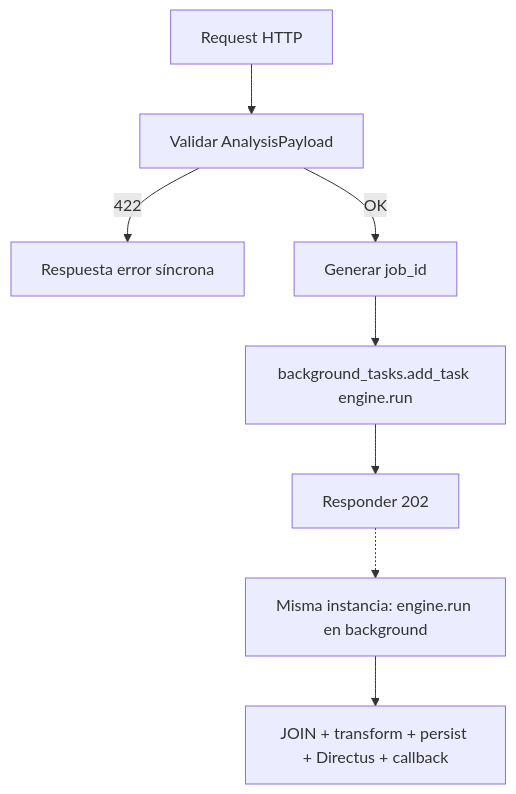
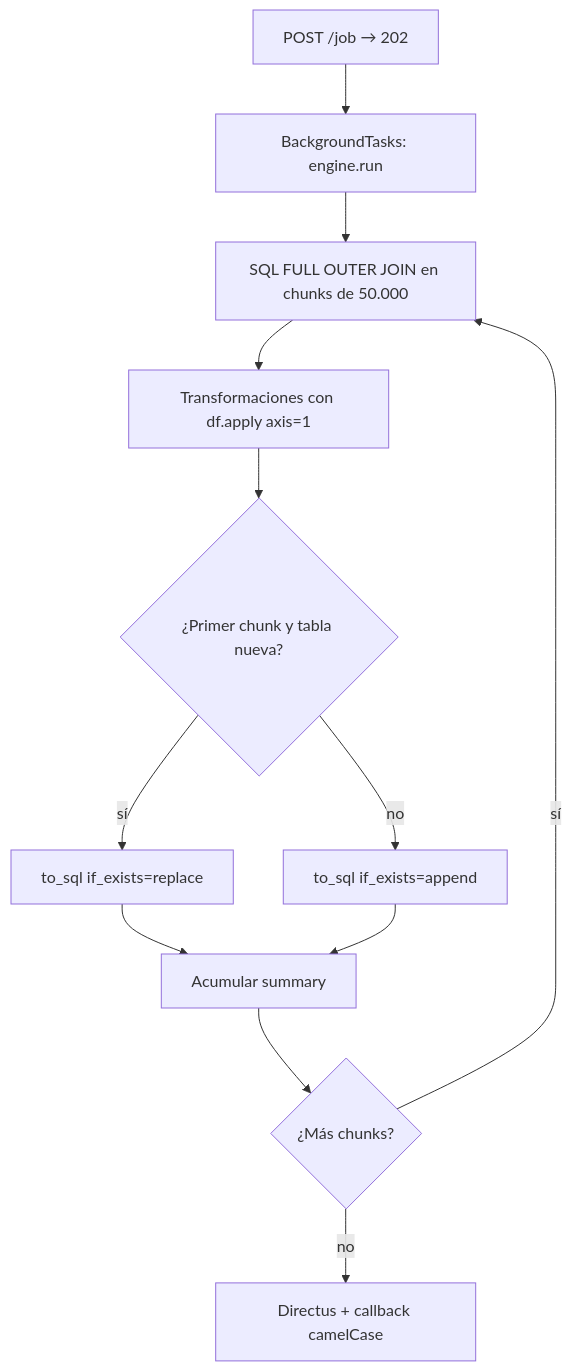
The diagram in orquestador/fastapi-analysisengine.md (jgutierrez-kubic/collaps-docs), drawn with Mermaid before and after one commit. The commit also changed other lines of this file and 12 other files, not shown here.

Commit message:
docs: actualizacion masiva para reflejar Refactor Core (camelCase, chunking, columnas indexadas y WorkTables)

````diff
--- a/orquestador/fastapi-analysisengine.md
+++ b/orquestador/fastapi-analysisengine.md
@@ -84,10 +51,14 @@
 ```mermaid
 flowchart TD
-  A[Request HTTP] --> B[Validar AnalysisPayload]
-  B -->|422| C[Respuesta error síncrona]
-  B -->|OK| D[Generar job_id]
-  D --> E[background_tasks.add_task engine.run]
-  E --> F[Responder 202]
-  F -.-> G[Misma instancia: engine.run en background]
-  G --> H[JOIN + transform + persist + Directus + callback]
+  A[POST /job → 202] --> B[BackgroundTasks: engine.run]
+  B --> C[SQL FULL OUTER JOIN en chunks de 50.000]
+  C --> D[Transformaciones con df.apply axis=1]
+  D --> E{¿Primer chunk y tabla nueva?}
+  E -->|sí| F[to_sql if_exists=replace]
+  E -->|no| G[to_sql if_exists=append]
+  F --> H[Acumular summary]
+  G --> H
+  H --> I{¿Más chunks?}
+  I -->|sí| C
+  I -->|no| J[Directus + callback camelCase]
 ```
````
